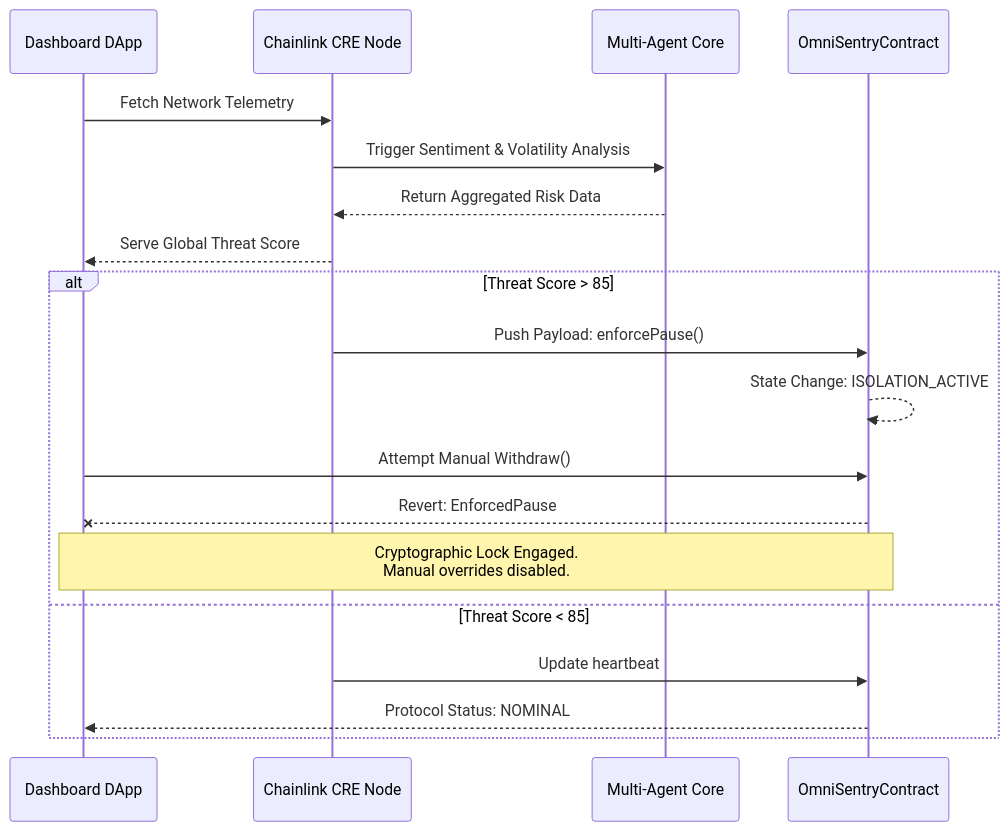
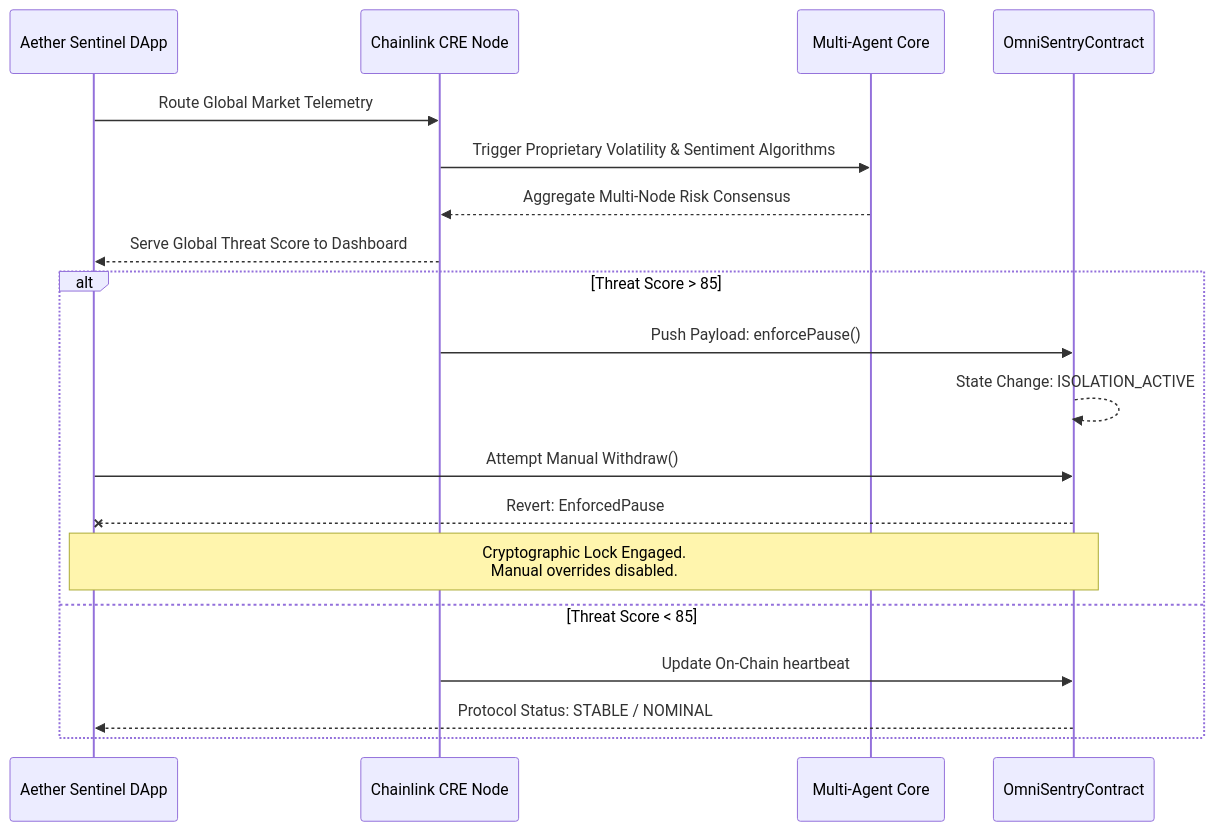
Before and after one commit to Aaditya1273/SYNAPSE: the second of 2 diagrams in README.md, drawn with Mermaid. The commit also changed other lines of this file, not shown here.

````diff
--- a/README.md
+++ b/README.md
@@ -94,23 +102,23 @@
 ```mermaid
 sequenceDiagram
-    participant UI as Dashboard DApp
+    participant UI as Aether Sentinel DApp
     participant CRE as Chainlink CRE Node
     participant AI as Multi-Agent Core
     participant SC as OmniSentryContract
     
-    UI->>CRE: Fetch Network Telemetry
-    CRE->>AI: Trigger Sentiment & Volatility Analysis
-    AI-->>CRE: Return Aggregated Risk Data
-    CRE-->>UI: Serve Global Threat Score
+    UI->>CRE: Route Global Market Telemetry
+    CRE->>AI: Trigger Proprietary Volatility & Sentiment Algorithms
+    AI-->>CRE: Aggregate Multi-Node Risk Consensus
+    CRE-->>UI: Serve Global Threat Score to Dashboard
     
     alt Threat Score > 85
         CRE->>SC: Push Payload: enforcePause()
         SC-->>SC: State Change: ISOLATION_ACTIVE
         UI->>SC: Attempt Manual Withdraw()
         SC--xUI: Revert: EnforcedPause
         Note over UI,SC: Cryptographic Lock Engaged.<br/>Manual overrides disabled.
     else Threat Score < 85
-        CRE->>SC: Update heartbeat
-        SC-->>UI: Protocol Status: NOMINAL
+        CRE->>SC: Update On-Chain heartbeat
+        SC-->>UI: Protocol Status: STABLE / NOMINAL
     end
 ```
````
